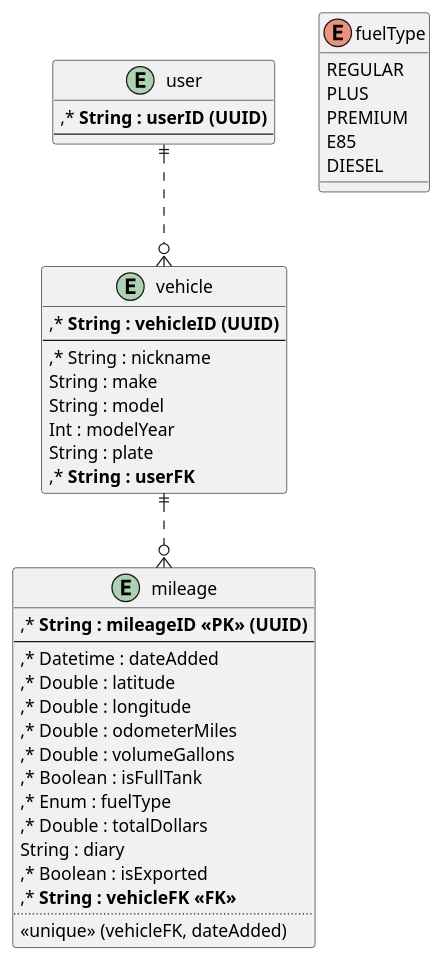
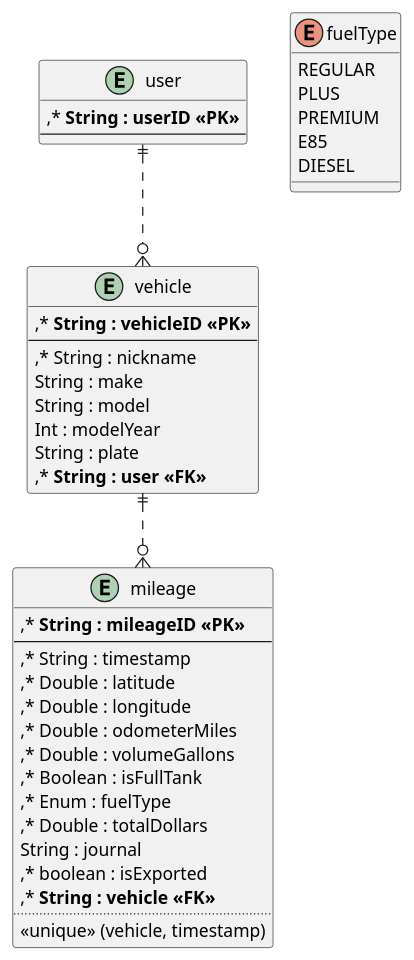
The diagram in README.org (officialBeebe/FuelBuddy), drawn with PlantUML before and after one commit. The commit also changed other lines of this file and 14 other files, not shown here.

```diff
--- a/README.org
+++ b/README.org
@@ -26,52 +28,52 @@
 #+begin_src plantuml :result
 @startuml
 
 entity "user" as u {
-        ,* **String : userID (UUID)**
+        ,* **String : userID <<PK>>**
         --
 }
 
 
 entity "vehicle" as v {
-        ,* **String : vehicleID (UUID)**
+        ,* **String : vehicleID <<PK>>**
         --
         ,* String : nickname
         String : make
         String : model
         Int : modelYear
         String : plate
-        ,* **String : userFK**
+        ,* **String : user <<FK>>**
 }
 
 
 entity "mileage" as m {
-        ,* **String : mileageID <<PK>> (UUID)**
+        ,* **String : mileageID <<PK>>**
         --
-        ,* Datetime : dateAdded
+        ,* String : timestamp
         ,* Double : latitude
         ,* Double : longitude
         ,* Double : odometerMiles
         ,* Double : volumeGallons
         ,* Boolean : isFullTank
         ,* Enum : fuelType
         ,* Double : totalDollars
-        String : diary
-        ,* Boolean : isExported
-        ,* **String : vehicleFK <<FK>>**
+        String : journal
+        ,* boolean : isExported
+        ,* **String : vehicle <<FK>>**
         ..
-        <<unique>> (vehicleFK, dateAdded)
+        <<unique>> (vehicle, timestamp)
 }
 
 enum "fuelType" as ft {
         REGULAR
         PLUS
         PREMIUM
         E85
         DIESEL
 }
 
 u ||..o{ v
 v ||..o{ m
 
 @enduml
 #+end_src
```
